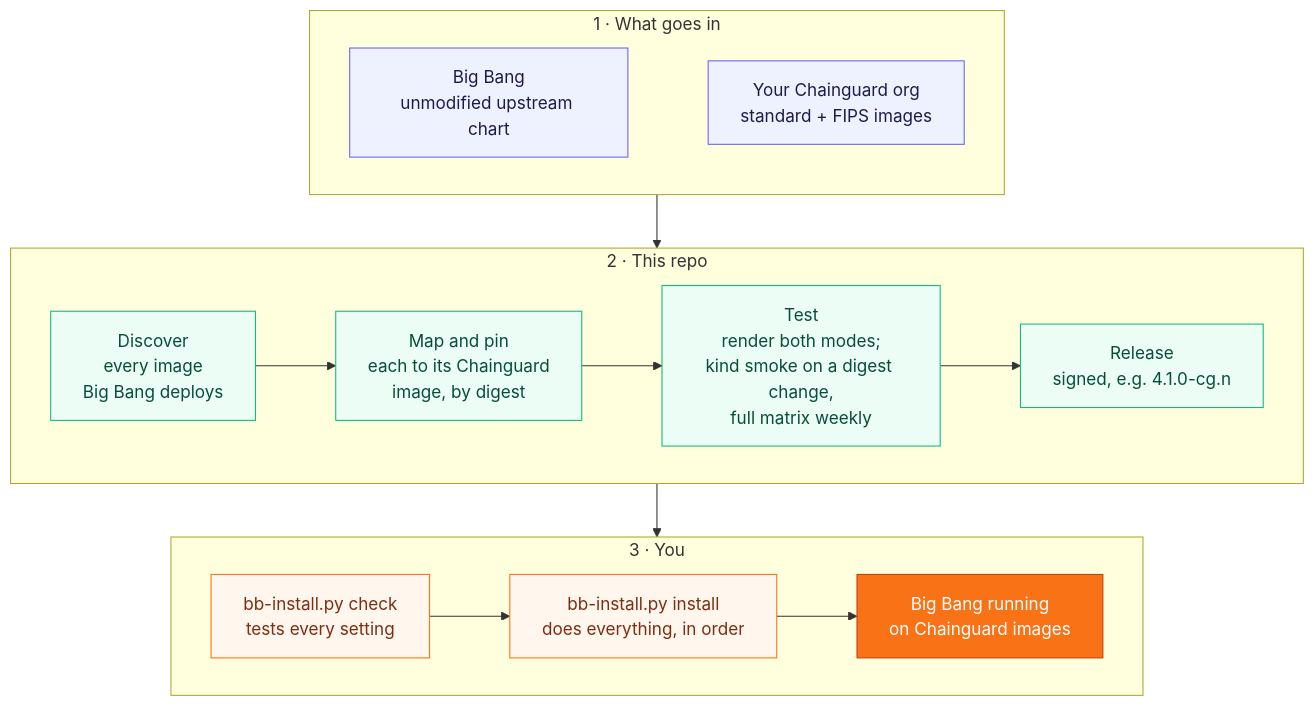
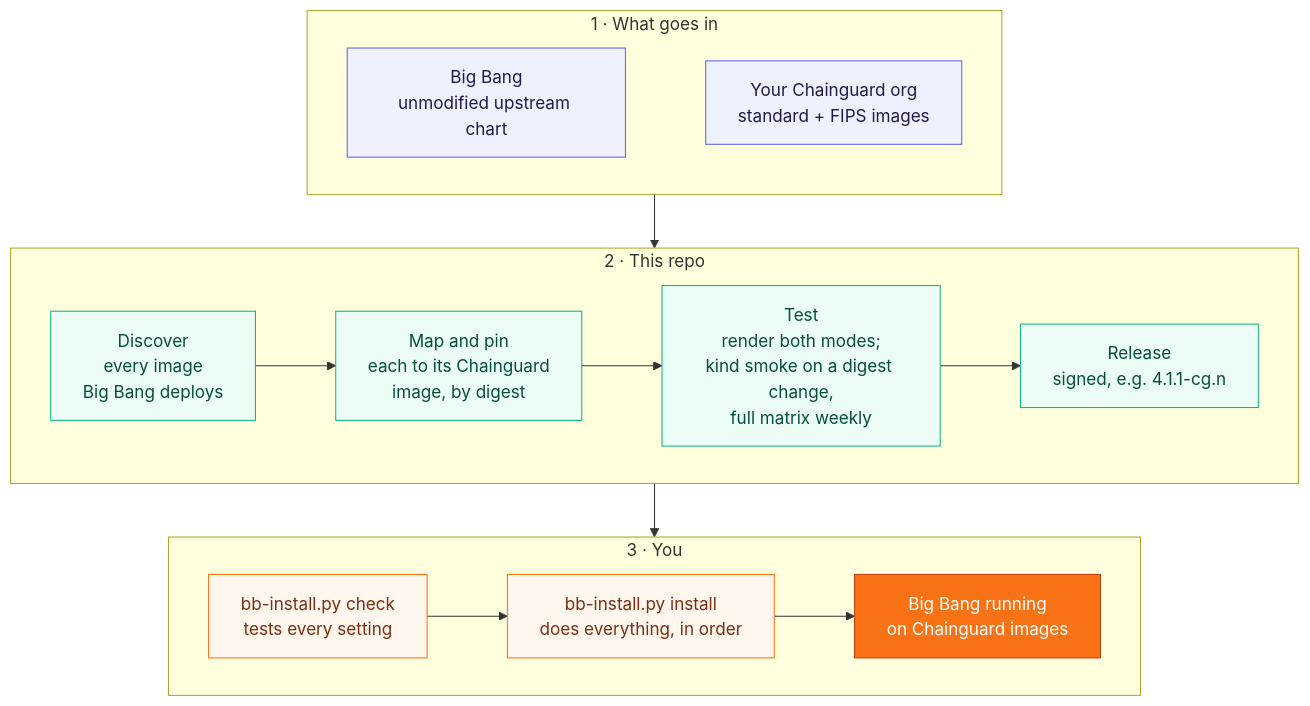
Before and after one commit to Zapata-Technology/bigbang-chainguard: the diagram in README.md, drawn with Mermaid. The commit also changed 7 other files, not shown here.

````diff
--- a/README.md
+++ b/README.md
@@ -12,33 +12,33 @@
 ```mermaid
 flowchart TB
     subgraph IN["1 · What goes in"]
         direction LR
         BB["Big Bang<br/>unmodified upstream chart"]
         CG["Your Chainguard org<br/>standard + FIPS images"]
         BB ~~~ CG
     end
 
     subgraph REPO["2 · This repo"]
         direction LR
         D["Discover<br/>every image<br/>Big Bang deploys"] --> M["Map and pin<br/>each to its Chainguard<br/>image, by digest"]
         M --> T["Test<br/>render both modes;<br/>kind smoke on a digest change,<br/>full matrix weekly"]
-        T --> R["Release<br/>signed, e.g. 4.1.0-cg.n"]
+        T --> R["Release<br/>signed, e.g. 4.1.1-cg.n"]
     end
 
     subgraph YOU["3 · You"]
         direction LR
         C["bb-install.py check<br/>tests every setting"] --> I["bb-install.py install<br/>does everything, in order"]
         I --> K["Big Bang running<br/>on Chainguard images"]
     end
 
     IN --> REPO --> YOU
 
     classDef input fill:#eef2ff,stroke:#6366f1,color:#1e1b4b
     classDef step fill:#ecfdf5,stroke:#10b981,color:#064e3b
     classDef you fill:#fff7ed,stroke:#f97316,color:#7c2d12
     classDef done fill:#f97316,stroke:#c2410c,color:#ffffff
     class BB,CG input
     class D,M,T,R step
     class C,I you
     class K done
 ```
````
